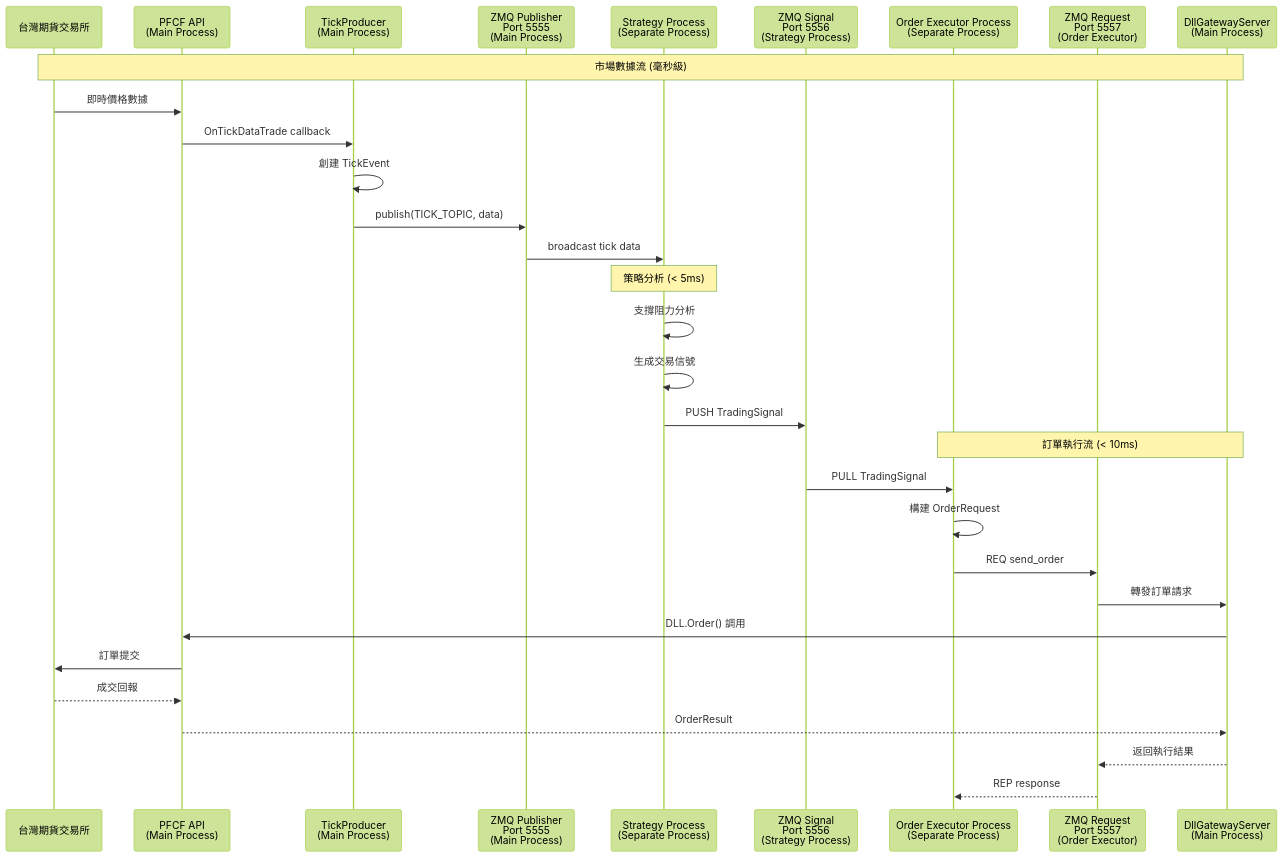
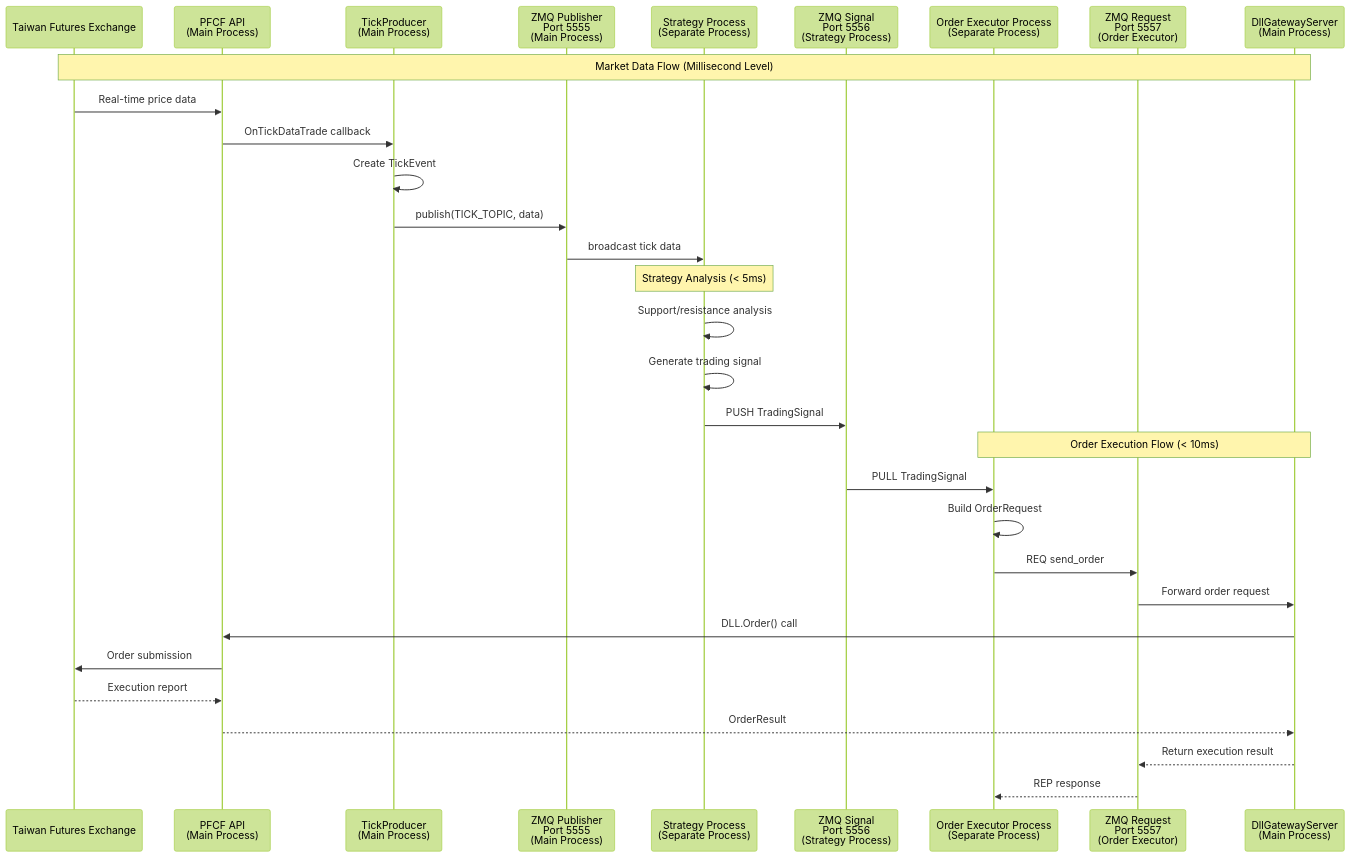
Before and after one commit to ttpss930141011/auto-futures-trading-machine: the fourth of 5 diagrams in docs/guides/ALLINONE_CONTROLLER_GUIDE.md, drawn with Mermaid (forest theme). The commit also changed other lines of this file and 5 other files, not shown here.

````diff
--- a/docs/guides/ALLINONE_CONTROLLER_GUIDE.md
+++ b/docs/guides/ALLINONE_CONTROLLER_GUIDE.md
@@ -162,36 +162,36 @@
 ```mermaid
 sequenceDiagram
-    participant Exchange as 台灣期貨交易所
+    participant Exchange as Taiwan Futures Exchange
     participant PFCF as PFCF API<br/>(Main Process)
     participant TP as TickProducer<br/>(Main Process)
     participant ZMQ1 as ZMQ Publisher<br/>Port 5555<br/>(Main Process)
     participant Strategy as Strategy Process<br/>(Separate Process)
     participant ZMQ2 as ZMQ Signal<br/>Port 5556<br/>(Strategy Process)
     participant OrderExec as Order Executor Process<br/>(Separate Process)
     participant ZMQ3 as ZMQ Request<br/>Port 5557<br/>(Order Executor)
     participant DGS as DllGatewayServer<br/>(Main Process)
     
-    Note over Exchange, DGS: 市場數據流 (毫秒級)
-    Exchange->>PFCF: 即時價格數據
+    Note over Exchange, DGS: Market Data Flow (Millisecond Level)
+    Exchange->>PFCF: Real-time price data
     PFCF->>TP: OnTickDataTrade callback
-    TP->>TP: 創建 TickEvent
+    TP->>TP: Create TickEvent
     TP->>ZMQ1: publish(TICK_TOPIC, data)
     ZMQ1->>Strategy: broadcast tick data
     
-    Note over Strategy: 策略分析 (< 5ms)
-    Strategy->>Strategy: 支撐阻力分析
-    Strategy->>Strategy: 生成交易信號
+    Note over Strategy: Strategy Analysis (< 5ms)
+    Strategy->>Strategy: Support/resistance analysis
+    Strategy->>Strategy: Generate trading signal
     Strategy->>ZMQ2: PUSH TradingSignal
     
-    Note over OrderExec, DGS: 訂單執行流 (< 10ms)
+    Note over OrderExec, DGS: Order Execution Flow (< 10ms)
     ZMQ2->>OrderExec: PULL TradingSignal
-    OrderExec->>OrderExec: 構建 OrderRequest
+    OrderExec->>OrderExec: Build OrderRequest
     OrderExec->>ZMQ3: REQ send_order
-    ZMQ3->>DGS: 轉發訂單請求
-    DGS->>PFCF: DLL.Order() 調用
-    PFCF->>Exchange: 訂單提交
-    Exchange-->>PFCF: 成交回報
+    ZMQ3->>DGS: Forward order request
+    DGS->>PFCF: DLL.Order() call
+    PFCF->>Exchange: Order submission
+    Exchange-->>PFCF: Execution report
     PFCF-->>DGS: OrderResult
-    DGS-->>ZMQ3: 返回執行結果
+    DGS-->>ZMQ3: Return execution result
     ZMQ3-->>OrderExec: REP response
 ```
````
